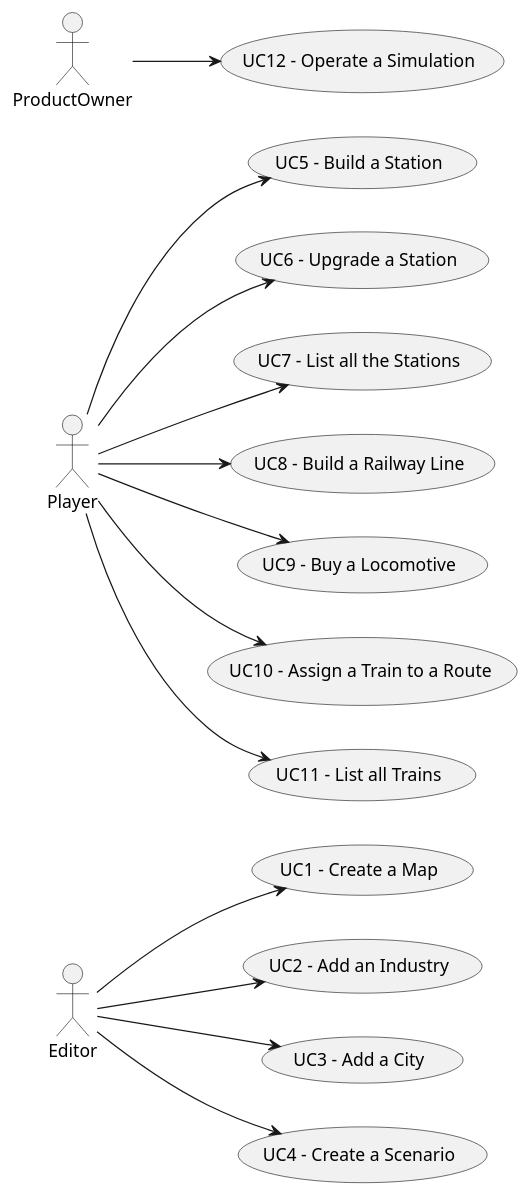
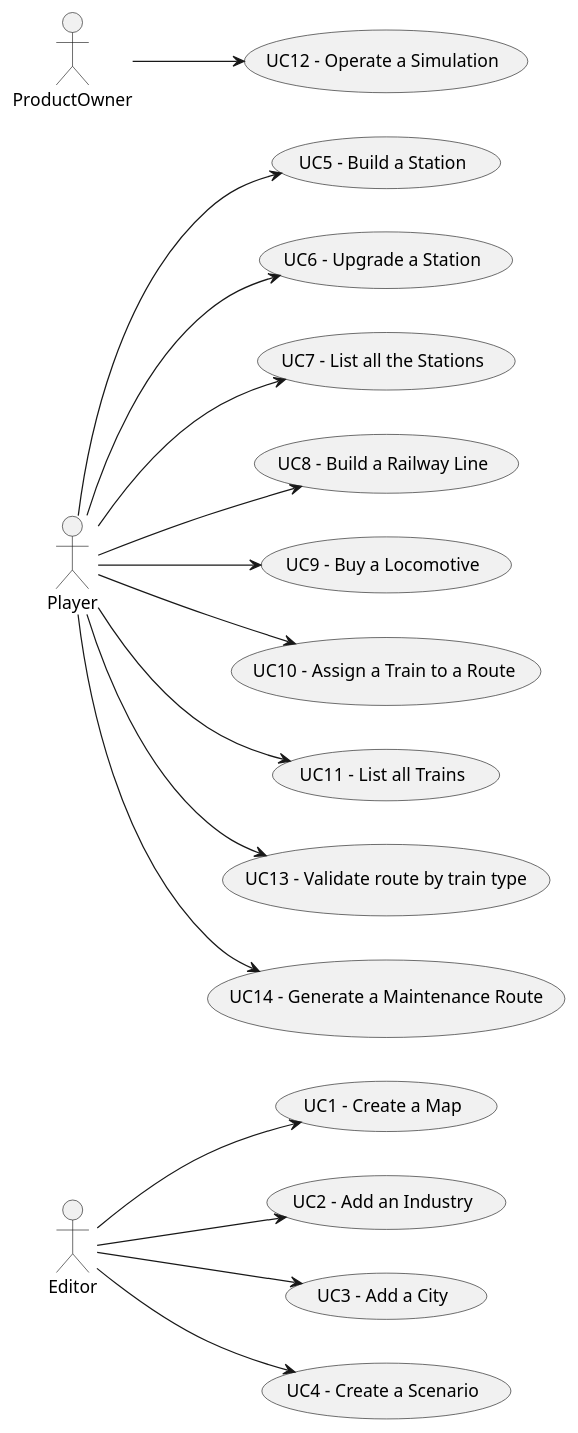
One commit to 1240826/empire-on-tracks changed the diagram in docs/system-documentation/global-artifacts/01.requirements-engineering/puml/UCD.puml. Above: the diagram before and after it, drawn with PlantUML. The commit also changed 3 other files, not shown here.

```diff
--- a/docs/system-documentation/global-artifacts/01.requirements-engineering/puml/UCD.puml
+++ b/docs/system-documentation/global-artifacts/01.requirements-engineering/puml/UCD.puml
@@ -1,21 +1,22 @@
 @startuml
 
 left to right direction
 
 
  Editor --> (UC1 - Create a Map)
  Editor --> (UC2 - Add an Industry)
  Editor --> (UC3 - Add a City)
  Editor --> (UC4 - Create a Scenario)
 
  Player --> (UC5 - Build a Station)
  Player --> (UC6 - Upgrade a Station)
  Player --> (UC7 - List all the Stations)
  Player --> (UC8 - Build a Railway Line)
  Player --> (UC9 - Buy a Locomotive)
  Player --> (UC10 - Assign a Train to a Route)
  Player --> (UC11 - List all Trains)
-
+ Player --> (UC13 - Validate route by train type)
+ Player --> (UC14 - Generate a Maintenance Route)
  ProductOwner --> (UC12 - Operate a Simulation)
 
  @enduml
```
